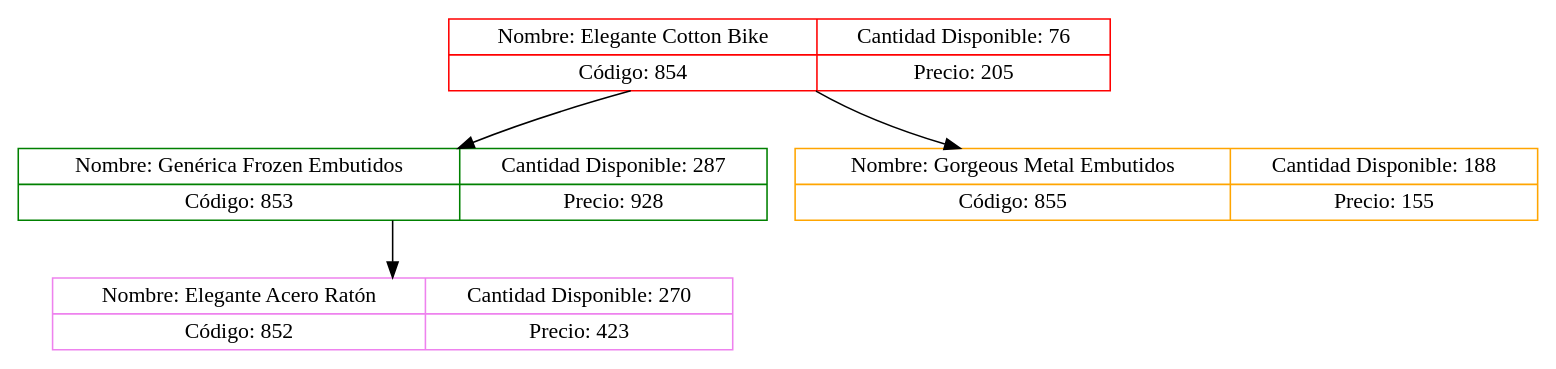
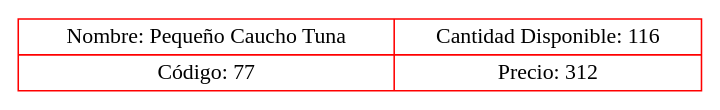
Before and after one commit to Daniel-Chicas/EDD_VirtualMall_201807079: the diagram in cliente/src/ImagenArbol/ArbolProductos.dot, drawn with Graphviz. The commit also changed 16 other files, not shown here.

```diff
--- a/cliente/src/ImagenArbol/ArbolProductos.dot
+++ b/cliente/src/ImagenArbol/ArbolProductos.dot
@@ -1,9 +1,3 @@
 digraph Arbol{node[shape="record"];
-node0xc0002107e0[label="{Nombre: Elegante Cotton Bike|Código: 854}|{Cantidad Disponible: 76|Precio: 205}" color="red"];
-node0xc000210850[label="{Nombre: Genérica Frozen Embutidos|Código: 853}|{Cantidad Disponible: 287|Precio: 928}" color="green"];
-node0xc0002107e0:f0->node0xc000210850:f1
-node0xc0002108c0[label="{Nombre: Elegante Acero Ratón|Código: 852}|{Cantidad Disponible: 270|Precio: 423}" color="violet"];
-node0xc000210850:f0->node0xc0002108c0:f1
-node0xc000210770[label="{Nombre: Gorgeous Metal Embutidos|Código: 855}|{Cantidad Disponible: 188|Precio: 155}" color="orange"];
-node0xc0002107e0:f2->node0xc000210770:f1
+node0xc00033c540[label="{Nombre: Pequeño Caucho Tuna|Código: 77}|{Cantidad Disponible: 116|Precio: 312}" color="red"];
 }
```
